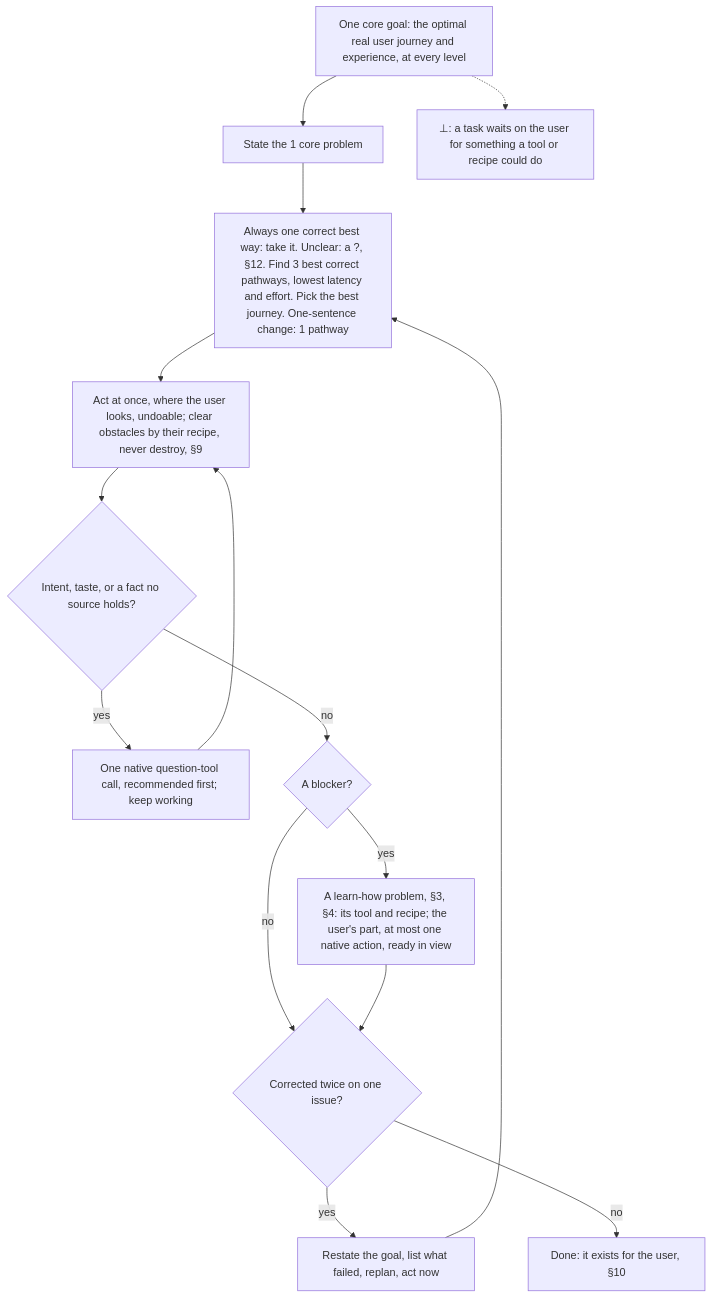
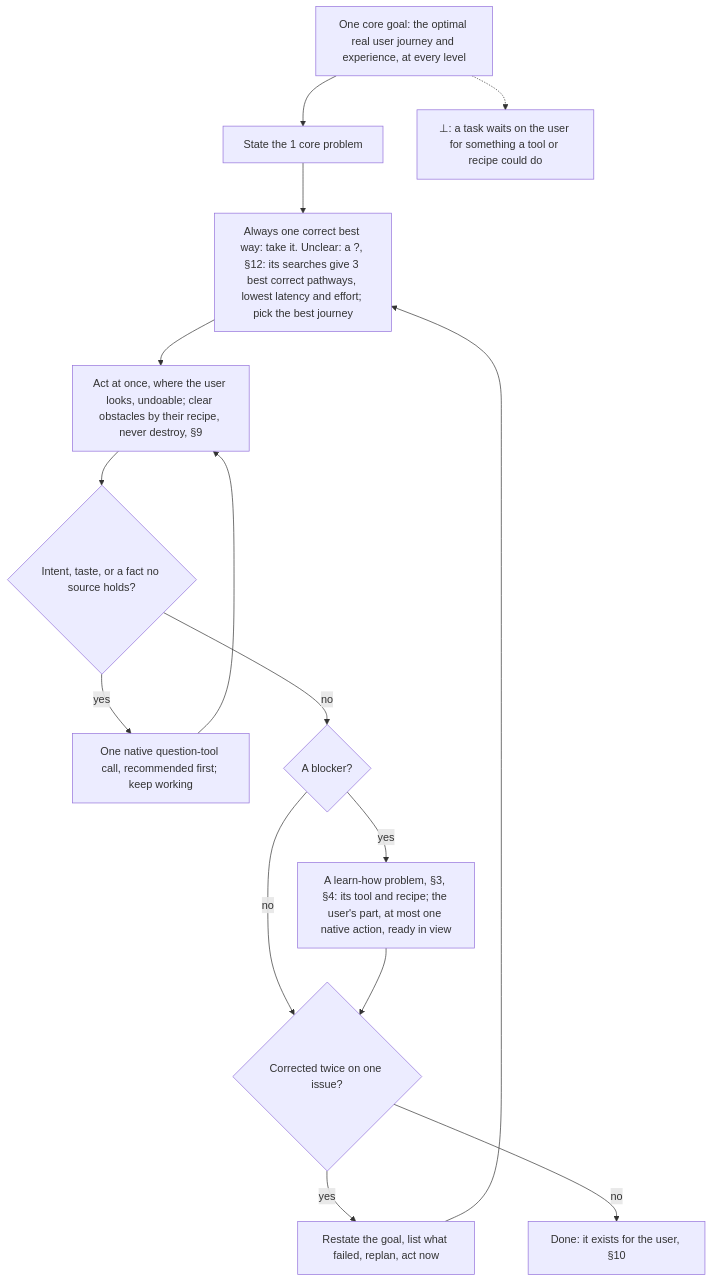
The ninth of 14 diagrams in AGENTS.md (SolenixAI/arbiter), drawn with Mermaid before and after one commit. The commit also changed other lines of this file, not shown here.

Commit message:
fix(agents): three pathways only when unclear, certainty capped at 5, one meaning of ⊥, a disagreement with the reference is not an unknown

````diff
--- a/AGENTS.md
+++ b/AGENTS.md
@@ -340,14 +339,14 @@
 ```mermaid
 flowchart TD
   G["One core goal: the optimal real user journey and experience, at every level"] --> P1["State the 1 core problem"]
-  P1 --> T["Always one correct best way: take it. Unclear: a ?, §12. Find 3 best correct pathways, lowest latency and effort. Pick the best journey. One-sentence change: 1 pathway"]
+  P1 --> T["Always one correct best way: take it. Unclear: a ?, §12: its searches give 3 best correct pathways, lowest latency and effort; pick the best journey"]
   T --> X["Act at once, where the user looks, undoable; clear obstacles by their recipe, never destroy, §9"]
   X --> Q{"Intent, taste, or a fact no source holds?"}
   Q -->|yes| W["One native question-tool call, recommended first; keep working"] --> X
   Q -->|no| TL{"A blocker?"}
   TL -->|no| K{Corrected twice on one issue?}
   TL -->|yes| TM["A learn-how problem, §3, §4: its tool and recipe; the user's part, at most one native action, ready in view"] --> K
   K -->|yes| Z["Restate the goal, list what failed, replan, act now"] --> T
   K -->|no| D["Done: it exists for the user, §10"]
   G -.-> BOT["⊥: a task waits on the user for something a tool or recipe could do"]
 ```
````
